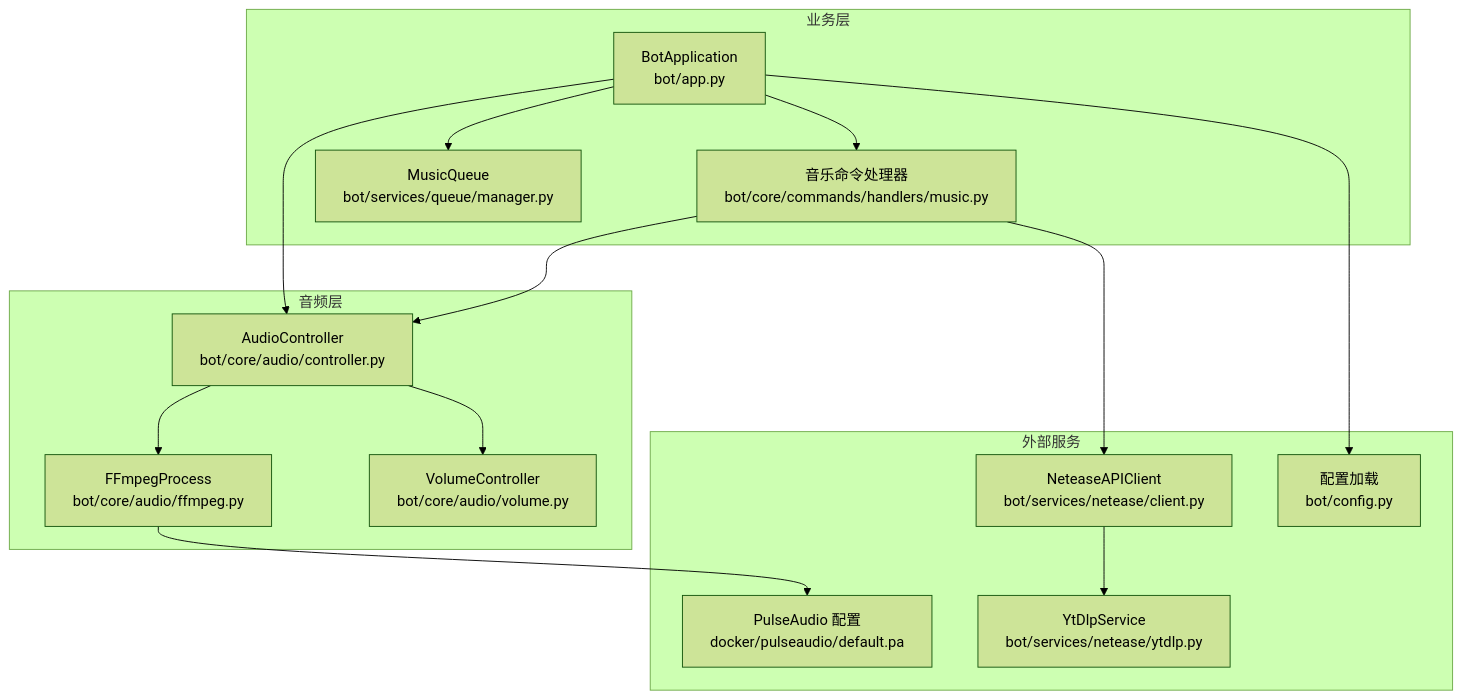
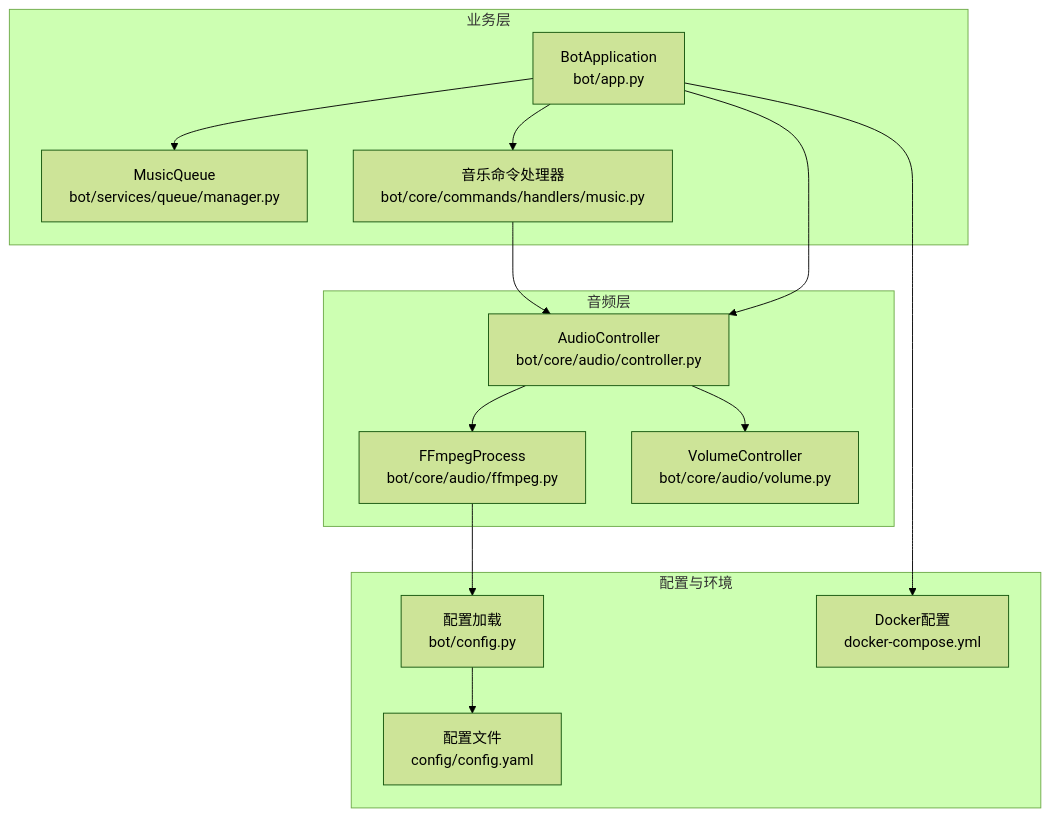
The first of 7 diagrams in .qoder/repowiki/zh/content/音乐播放系统/FFmpeg集成.md (GhoulOwl/Teamspeak3_Bot), drawn with Mermaid (forest theme) before and after one commit. The commit also changed other lines of this file and 7 other files, not shown here.

````diff
--- a/.qoder/repowiki/zh/content/音乐播放系统/FFmpeg集成.md
+++ b/.qoder/repowiki/zh/content/音乐播放系统/FFmpeg集成.md
@@ -44,29 +50,27 @@
 ```mermaid
 graph TB
 subgraph "音频层"
 FF["FFmpegProcess<br/>bot/core/audio/ffmpeg.py"]
 AC["AudioController<br/>bot/core/audio/controller.py"]
 VC["VolumeController<br/>bot/core/audio/volume.py"]
 end
 subgraph "业务层"
 MQ["MusicQueue<br/>bot/services/queue/manager.py"]
 CMD["音乐命令处理器<br/>bot/core/commands/handlers/music.py"]
 APP["BotApplication<br/>bot/app.py"]
 end
-subgraph "外部服务"
-YT["YtDlpService<br/>bot/services/netease/ytdlp.py"]
-NC["NeteaseAPIClient<br/>bot/services/netease/client.py"]
+subgraph "配置与环境"
 CFG["配置加载<br/>bot/config.py"]
-PA["PulseAudio 配置<br/>docker/pulseaudio/default.pa"]
+YAML["配置文件<br/>config/config.yaml"]
+DC["Docker配置<br/>docker-compose.yml"]
 end
 CMD --> AC
 AC --> FF
 AC --> VC
 APP --> AC
 APP --> MQ
 APP --> CMD
-CMD --> NC
-NC --> YT
-FF --> PA
-APP --> CFG
+FF --> CFG
+CFG --> YAML
+APP --> DC
 ```
````
